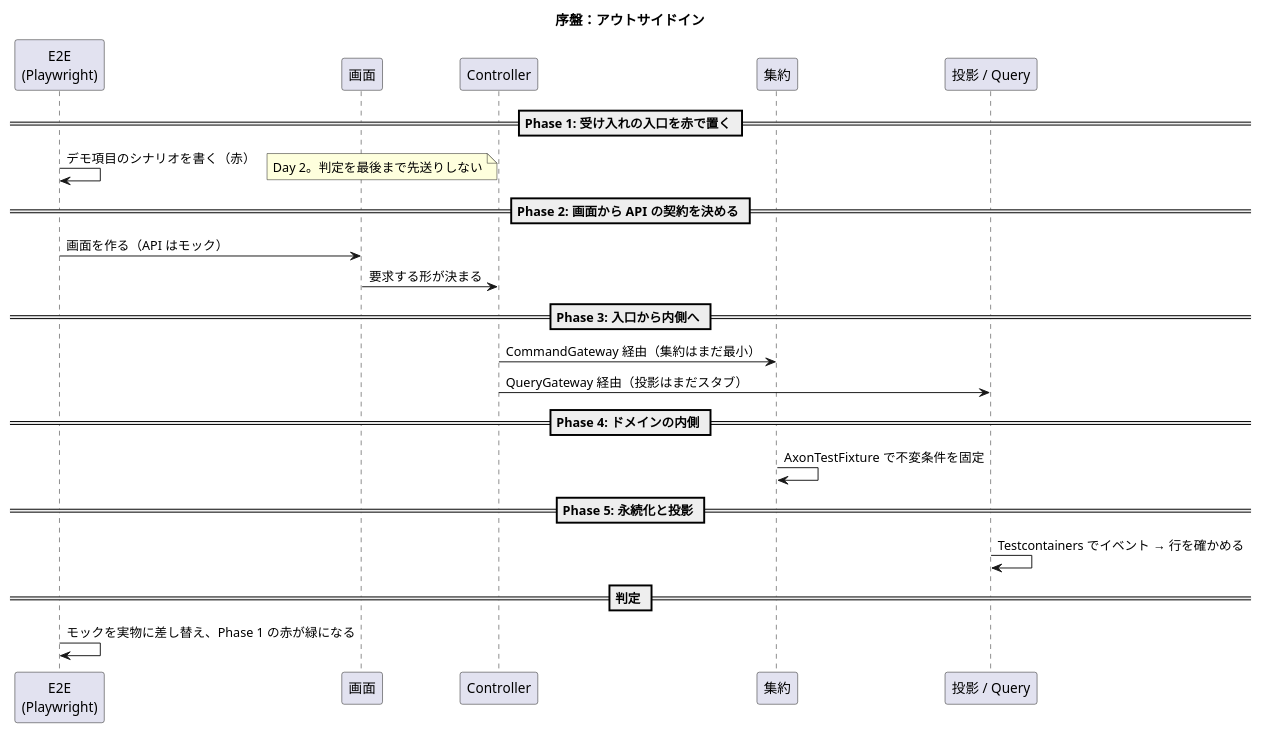
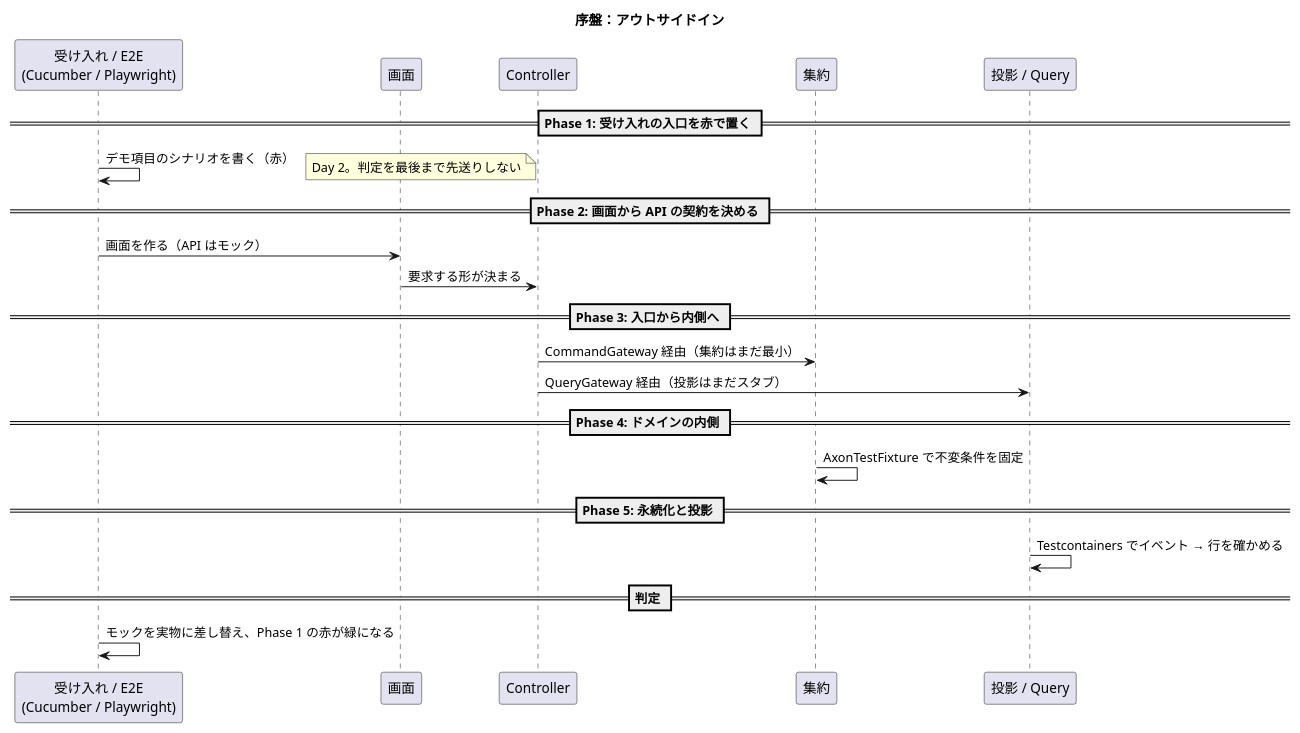
One commit to k2works/case-study-cargo-tracker changed the second of 4 diagrams in docs/development/cargo-tracker/development_strategy.md. Above: the diagram before and after it, drawn with PlantUML. The commit also changed other lines of this file and 5 other files, not shown here.

````diff
--- a/docs/development/cargo-tracker/development_strategy.md
+++ b/docs/development/cargo-tracker/development_strategy.md
@@ -171,32 +174,32 @@
 ```plantuml
 @startuml
 title 序盤：アウトサイドイン
 
-participant "E2E\n(Playwright)" as e2e
+participant "受け入れ / E2E\n(Cucumber / Playwright)" as e2e
 participant "画面" as ui
 participant "Controller" as ctrl
 participant "集約" as agg
 participant "投影 / Query" as proj
 
 == Phase 1: 受け入れの入口を赤で置く ==
 e2e -> e2e : デモ項目のシナリオを書く（赤）
 note right : Day 2。判定を最後まで先送りしない
 
 == Phase 2: 画面から API の契約を決める ==
 e2e -> ui : 画面を作る（API はモック）
 ui -> ctrl : 要求する形が決まる
 
 == Phase 3: 入口から内側へ ==
 ctrl -> agg : CommandGateway 経由（集約はまだ最小）
 ctrl -> proj : QueryGateway 経由（投影はまだスタブ）
 
 == Phase 4: ドメインの内側 ==
 agg -> agg : AxonTestFixture で不変条件を固定
 
 == Phase 5: 永続化と投影 ==
 proj -> proj : Testcontainers でイベント → 行を確かめる
 
 == 判定 ==
 e2e -> e2e : モックを実物に差し替え、Phase 1 の赤が緑になる
 @enduml
 ```
````
